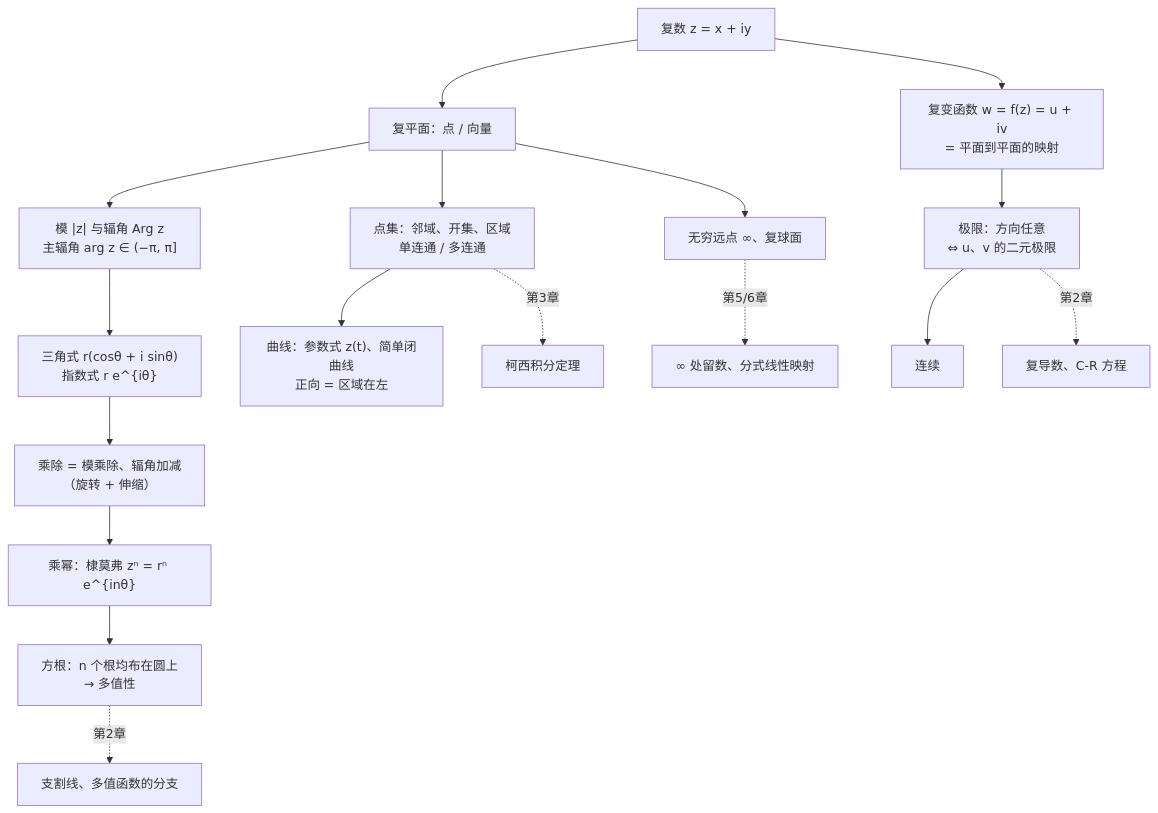
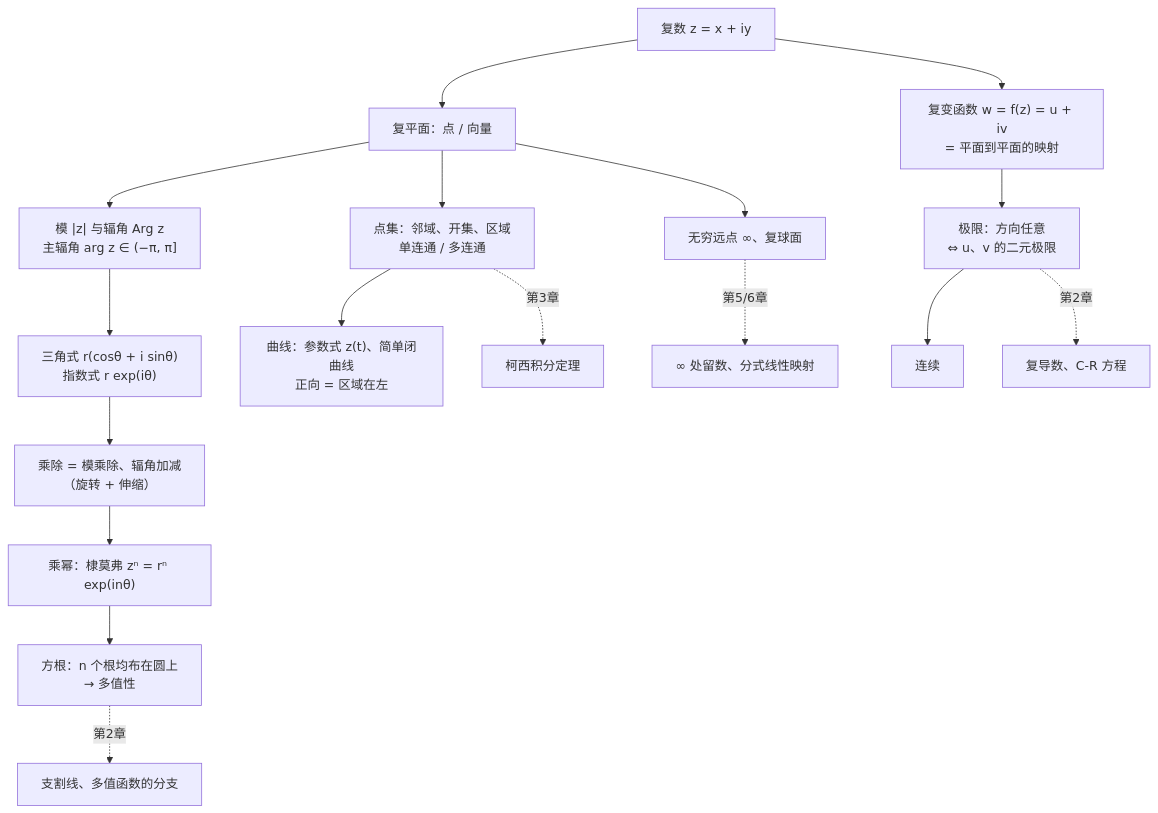
One commit to cockroach-f/complex-functions changed the diagram in docs/ch1.md. Above: the diagram before and after it, drawn with Mermaid. The commit also changed 1 other file, not shown here.

Commit message:
归纳图里的指数改成 exp，避免 ^ 和花括号原样显示。

````diff
--- a/docs/ch1.md
+++ b/docs/ch1.md
@@ -640,19 +640,19 @@
     ```mermaid
     flowchart TD
         Z["复数 z = x + iy"] --> P["复平面：点 / 向量"]
         P --> MA["模 |z| 与辐角 Arg z<br/>主辐角 arg z ∈ (−π, π]"]
-        MA --> EX["三角式 r(cosθ + i sinθ)<br/>指数式 r e^{iθ}"]
+        MA --> EX["三角式 r(cosθ + i sinθ)<br/>指数式 r exp(iθ)"]
         EX --> MUL["乘除 = 模乘除、辐角加减<br/>（旋转 + 伸缩）"]
-        MUL --> POW["乘幂：棣莫弗 zⁿ = rⁿ e^{inθ}"]
+        MUL --> POW["乘幂：棣莫弗 zⁿ = rⁿ exp(inθ)"]
         POW --> ROOT["方根：n 个根均布在圆上<br/>→ 多值性"]
         P --> SET["点集：邻域、开集、区域<br/>单连通 / 多连通"]
         SET --> CUR["曲线：参数式 z(t)、简单闭曲线<br/>正向 = 区域在左"]
         P --> INF["无穷远点 ∞、复球面"]
         Z --> FUN["复变函数 w = f(z) = u + iv<br/>= 平面到平面的映射"]
         FUN --> LIM["极限：方向任意<br/>⇔ u、v 的二元极限"]
         LIM --> CONT["连续"]
         ROOT -.第2章.-> BR["支割线、多值函数的分支"]
         LIM -.第2章.-> CR["复导数、C-R 方程"]
         SET -.第3章.-> CAU["柯西积分定理"]
         INF -.第5/6章.-> RES["∞ 处留数、分式线性映射"]
     ```
````
